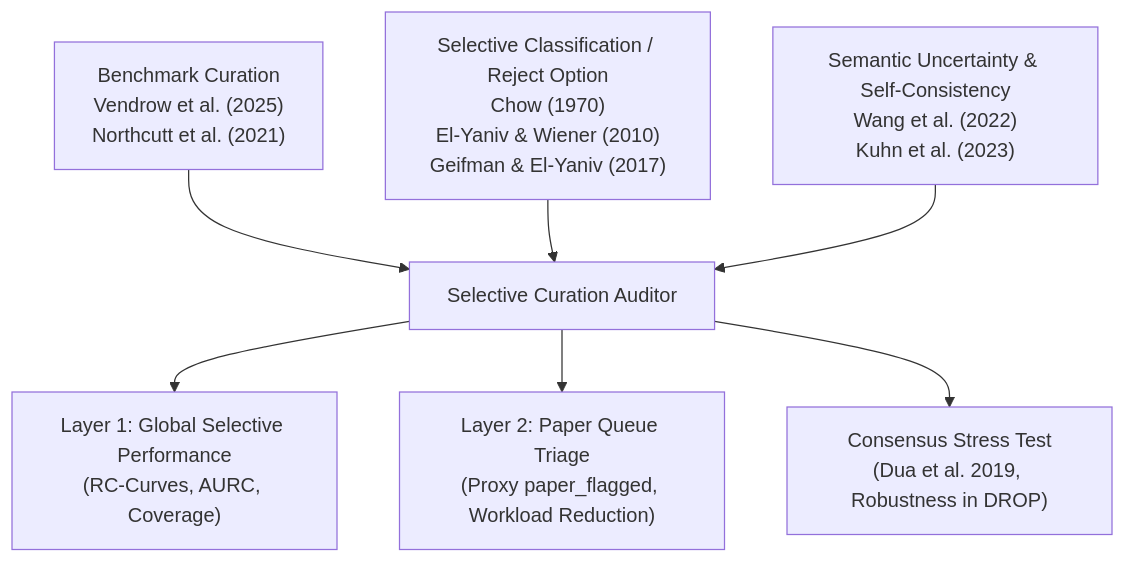
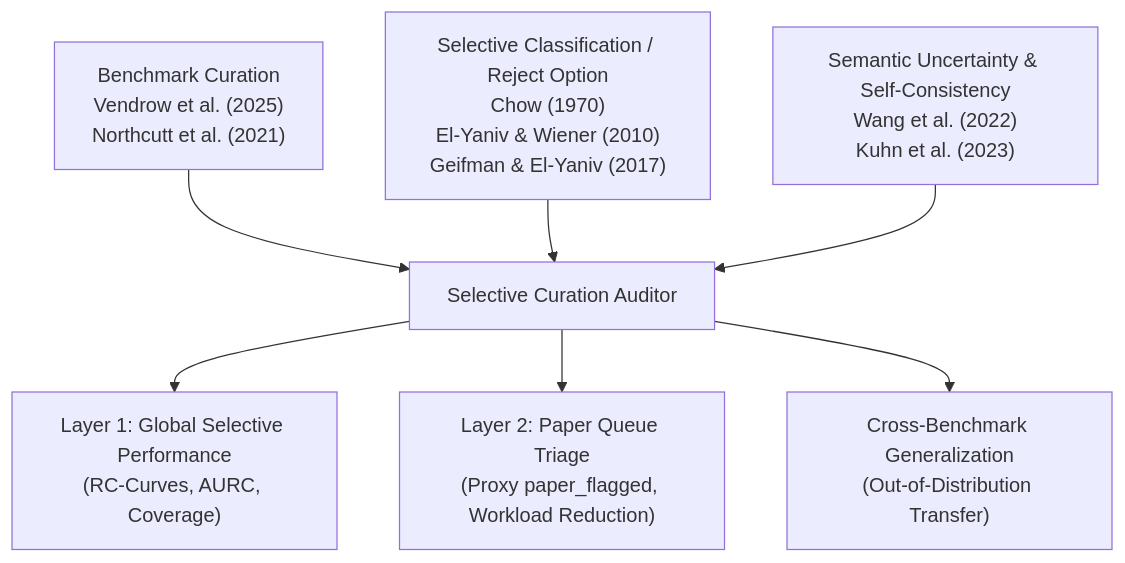
One commit to ferreiraf28/platinum-benchmarks-fork changed the first of 2 diagrams in docs/project_proposal.md. Above: the diagram before and after it, drawn with Mermaid. The commit also changed other lines of this file and 4 other files, not shown here.

````diff
--- a/docs/project_proposal.md
+++ b/docs/project_proposal.md
@@ -59,9 +56,9 @@
 ```mermaid
 flowchart TD
     A["Benchmark Curation<br>Vendrow et al. (2025)<br>Northcutt et al. (2021)"] --> D["Selective Curation Auditor"]
     B["Selective Classification / Reject Option<br>Chow (1970)<br>El-Yaniv & Wiener (2010)<br>Geifman & El-Yaniv (2017)"] --> D
     C["Semantic Uncertainty & Self-Consistency<br>Wang et al. (2022)<br>Kuhn et al. (2023)"] --> D
     D --> E["Layer 1: Global Selective Performance<br>(RC-Curves, AURC, Coverage)"]
     D --> F["Layer 2: Paper Queue Triage<br>(Proxy paper_flagged, Workload Reduction)"]
-    D --> G["Consensus Stress Test<br>(Dua et al. 2019, Robustness in DROP)"]
+    D --> G["Cross-Benchmark Generalization<br>(Out-of-Distribution Transfer)"]
 ```
````
